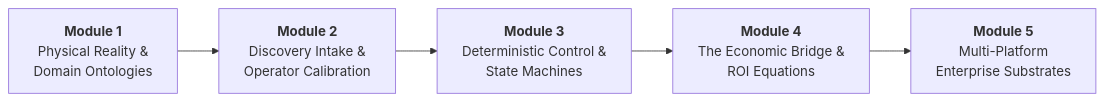
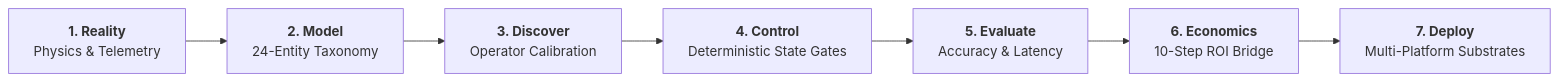
Before and after one commit to Kaisen2350/FDE-Workbench: the diagram in README.md, drawn with Mermaid. The commit also changed other lines of this file and 28 other files, not shown here.

````diff
--- a/README.md
+++ b/README.md
@@ -16,7 +17,9 @@
 ```mermaid
 flowchart LR
-    M1["<b>Module 1</b><br/>Physical Reality &<br/>Domain Ontologies"] --> M2["<b>Module 2</b><br/>Discovery Intake &<br/>Operator Calibration"]
-    M2 --> M3["<b>Module 3</b><br/>Deterministic Control &<br/>State Machines"]
-    M3 --> M4["<b>Module 4</b><br/>The Economic Bridge &<br/>ROI Equations"]
-    M4 --> M5["<b>Module 5</b><br/>Multi-Platform<br/>Enterprise Substrates"]
+    A["<b>1. Reality</b><br/>Physics & Telemetry"] --> B["<b>2. Model</b><br/>24-Entity Taxonomy"]
+    B --> C["<b>3. Discover</b><br/>Operator Calibration"]
+    C --> D["<b>4. Control</b><br/>Deterministic State Gates"]
+    D --> E["<b>5. Evaluate</b><br/>Accuracy & Latency"]
+    E --> F["<b>6. Economics</b><br/>10-Step ROI Bridge"]
+    F --> G["<b>7. Deploy</b><br/>Multi-Platform Substrates"]
 ```
````
